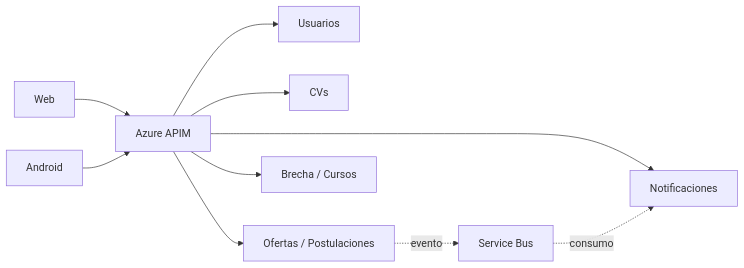
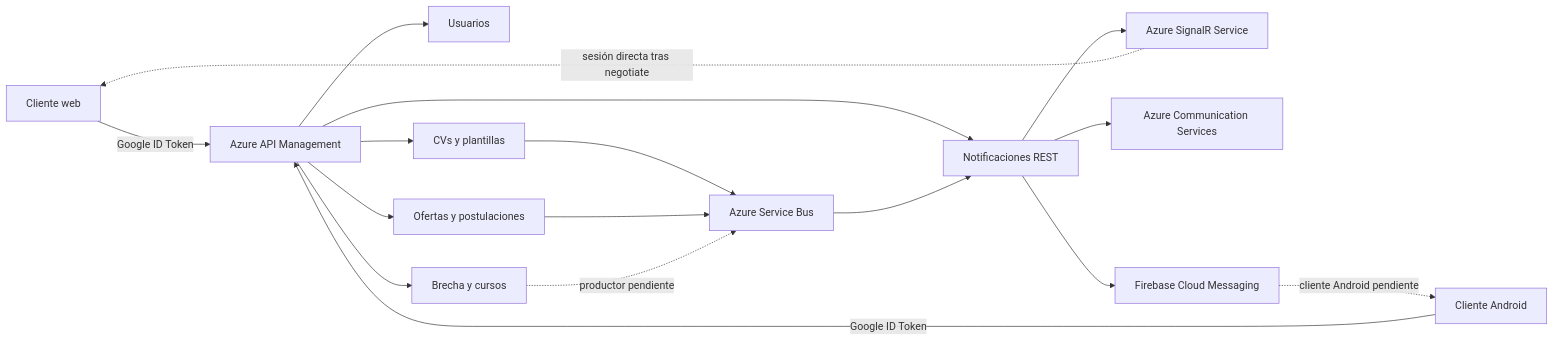
One commit to SoftwareDesignTEC/cvexpert-docs changed the diagram in docs/arquitectura.md. Above: the diagram before and after it, drawn with Mermaid. The commit also changed other lines of this file and 26 other files, not shown here.

````diff
--- a/docs/arquitectura.md
+++ b/docs/arquitectura.md
@@ -13,12 +5,19 @@
 ```mermaid
 flowchart LR
-    W[Web] --> A[Azure APIM]
-    M[Android] --> A
+    W[Cliente web] -->|Google ID Token| A[Azure API Management]
+    M[Cliente Android] -->|Google ID Token| A
     A --> U[Usuarios]
-    A --> C[CVs]
-    A --> O[Ofertas / Postulaciones]
-    A --> B[Brecha / Cursos]
-    A --> N[Notificaciones]
-    O -. evento .-> Q[Service Bus]
-    Q -. consumo .-> N
+    A --> C[CVs y plantillas]
+    A --> O[Ofertas y postulaciones]
+    A --> B[Brecha y cursos]
+    A --> N[Notificaciones REST]
+    C --> Q[Azure Service Bus]
+    O --> Q
+    B -. productor pendiente .-> Q
+    Q --> N
+    N --> S[Azure SignalR Service]
+    N --> E[Azure Communication Services]
+    N --> F[Firebase Cloud Messaging]
+    S -. sesión directa tras negotiate .-> W
+    F -. cliente Android pendiente .-> M
 ```
````
